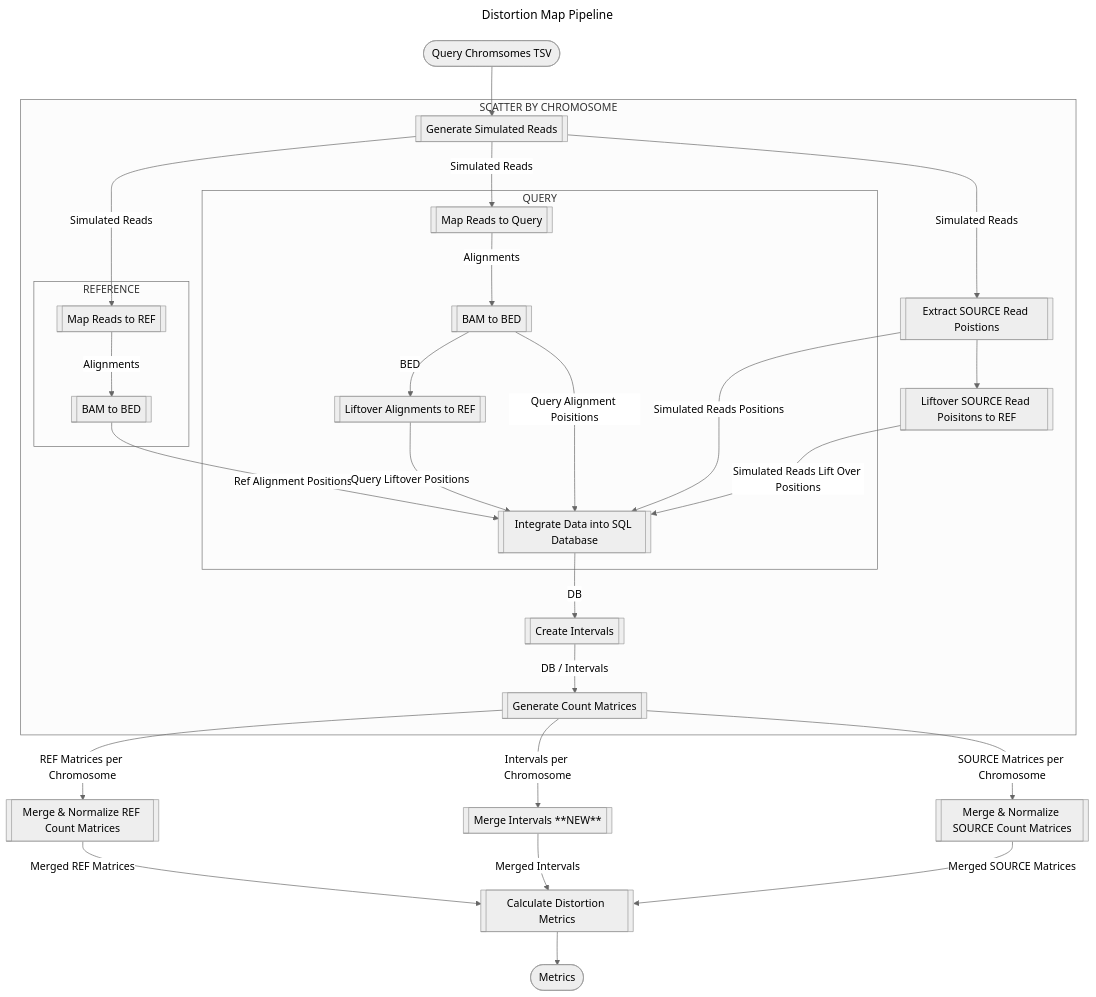
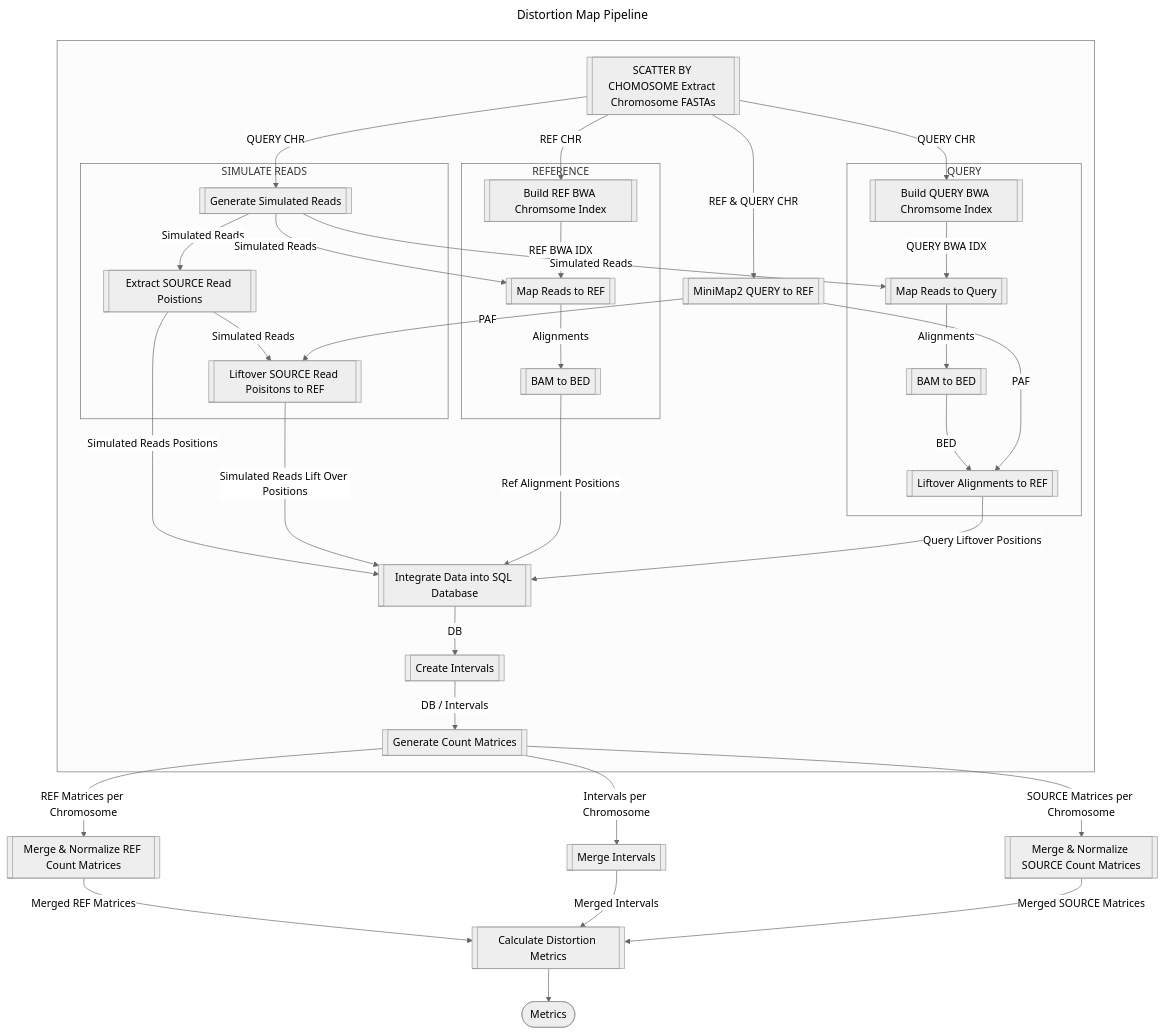
One commit to twlab/cig-pipelines changed the diagram in wdl/pipelines/distortion_map.doc.md. Above: the diagram before and after it, drawn with Mermaid (neutral theme).

Commit message:
Update distortion_map.doc.md
Start with query fasta
Extract chromosomes from query and ref
Build BWA index
Minimap2 query to ref for liftovers

````diff
--- a/wdl/pipelines/distortion_map.doc.md
+++ b/wdl/pipelines/distortion_map.doc.md
@@ -5,51 +5,67 @@
 ```mermaid
 ---
 title: Distortion Map Pipeline
 ---
 flowchart TB;
-  i1([Query Chromsomes TSV]);
+  s11[[SCATTER BY CHOMOSOME Extract Chromosome FASTAs]]
+  s12[[MiniMap2 QUERY to REF]]
 
   s21[[Generate Simulated Reads]];
   s22[[Extract SOURCE Read Poistions]];
   s23[[Liftover SOURCE Read Poisitons to REF]];
 
+  s30[[Build REF BWA Chromsome Index]]
   s31[[Map Reads to REF]];
   s32[[BAM to BED]];
 
+  s40[[Build QUERY BWA Chromsome Index]]
   s41[[Map Reads to Query]];
   s42[[BAM to BED]];
   s43[[Liftover Alignments to REF]];
 
   s61[[Integrate Data into SQL Database]];
   s62[[Create Intervals]]
   s63[[Generate Count Matrices]];
 
   s101[[Merge & Normalize REF Count Matrices]];
   s102[[Merge & Normalize SOURCE Count Matrices]];
-  s111[[Merge Intervals **NEW**]];
+  s111[[Merge Intervals]];
   s121[[Calculate Distortion Metrics]];
 
   o1([Metrics]);
  
-  i1-->s21;
-  subgraph sg1 ["SCATTER BY CHROMOSOME"]
+  subgraph sg1 [" "]
+    subgraph qry ["QUERY"]
+      s40--QUERY BWA IDX-->s41--Alignments-->s42--BED-->s43;
+    end
+
+    subgraph sim ["SIMULATE READS"]
+      s21--Simulated Reads-->s22
+      s22--Simulated Reads-->s23;
+    end
+
+    s11--REF & QUERY CHR-->s12;
+    s11--QUERY CHR-->s21;
+    s11--REF CHR-->s30;
+    s11--QUERY CHR-->s40;
+    s12--PAF-->s23;
+    s12--PAF-->s43;
+
     s21--Simulated Reads-->s31;
     s21--Simulated Reads-->s41;
-    s21--Simulated Reads-->s22-->s23--Simulated Reads Lift Over Positions-->s61;
     s22--Simulated Reads Positions-->s61
-    subgraph sgr ["QUERY"]
-      s41--Alignments-->s42--BED-->s43
-      s42--Query Alignment Poisitions-->s61;
+
+    subgraph ref ["REFERENCE"]
+      s30--REF BWA IDX-->s31--Alignments-->s32;
     end
-    subgraph sgq ["REFERENCE"]
-      s31--Alignments-->s32
-    end
+
+    s23--Simulated Reads Lift Over Positions-->s61
     s32--Ref Alignment Positions-->s61;
     s43--Query Liftover Positions-->s61;
     s61--DB-->s62--DB / Intervals-->s63;
   end
-  s63--REF Matrices per Chromosome-->s101--Merged REF Matrices-->s121
-  s63--Intervals per Chromosome-->s111--Merged Intervals-->s121
-  s63--SOURCE Matrices per Chromosome-->s102--Merged SOURCE Matrices-->s121
+  s63--REF Matrices per Chromosome-->s101--Merged REF Matrices-->s121;
+  s63--Intervals per Chromosome-->s111--Merged Intervals-->s121;
+  s63--SOURCE Matrices per Chromosome-->s102--Merged SOURCE Matrices-->s121;
   s121-->o1
 ```
````
